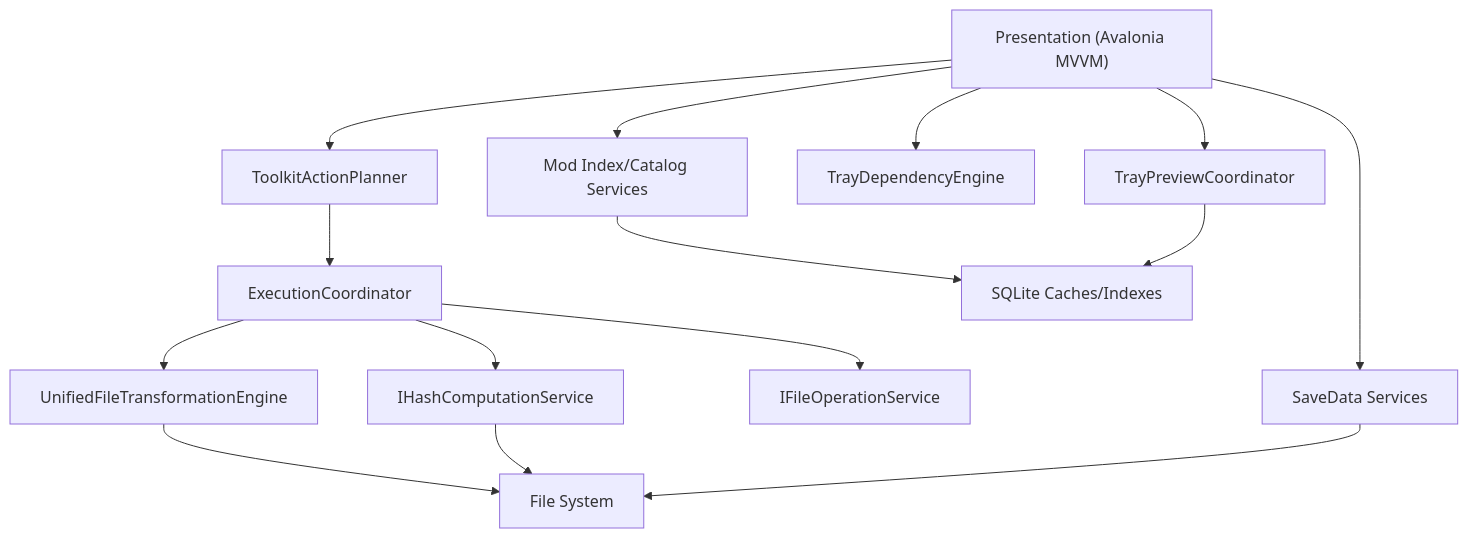
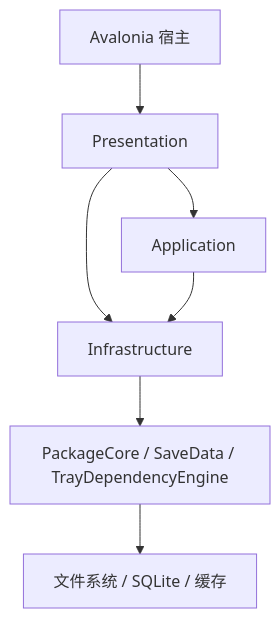
Before and after one commit to Azvf/SimsToolkit: the diagram in README.zh-CN.md, drawn with Mermaid. The commit also changed other lines of this file and 3 other files, not shown here.

Commit message:
docs: refresh architecture overview

````diff
--- a/README.zh-CN.md
+++ b/README.zh-CN.md
@@ -42,19 +59,9 @@
 ```mermaid
 graph TD
-    UI["Presentation (Avalonia MVVM)"] --> PLAN["ToolkitActionPlanner"]
-    PLAN --> COORD["ExecutionCoordinator"]
-    COORD --> UFT["UnifiedFileTransformationEngine"]
-    COORD --> HASH["IHashComputationService"]
-    COORD --> FILE["IFileOperationService"]
-
-    UI --> TRAYPREVIEW["TrayPreviewCoordinator"]
-    UI --> TRAYDEP["TrayDependencyEngine"]
-    UI --> MODS["Mod Index/Catalog Services"]
-    UI --> SAVE["SaveData Services"]
-
-    UFT --> FS["File System"]
-    HASH --> FS
-    MODS --> SQLITE["SQLite Caches/Indexes"]
-    TRAYPREVIEW --> SQLITE
-    SAVE --> FS
+    UI["Avalonia 宿主"] --> PRES["Presentation"]
+    PRES --> APP["Application"]
+    PRES --> INFRA["Infrastructure"]
+    APP --> INFRA
+    INFRA --> CORE["PackageCore / SaveData / TrayDependencyEngine"]
+    CORE --> FS["文件系统 / SQLite / 缓存"]
 ```
````
